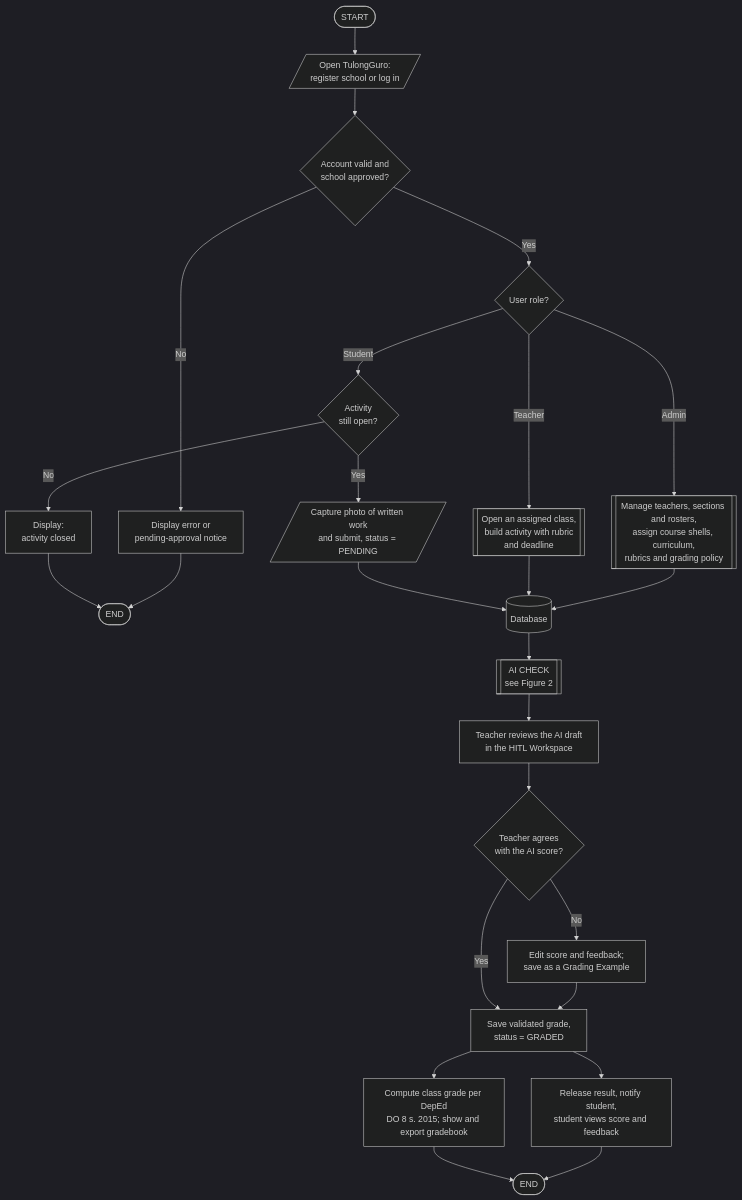
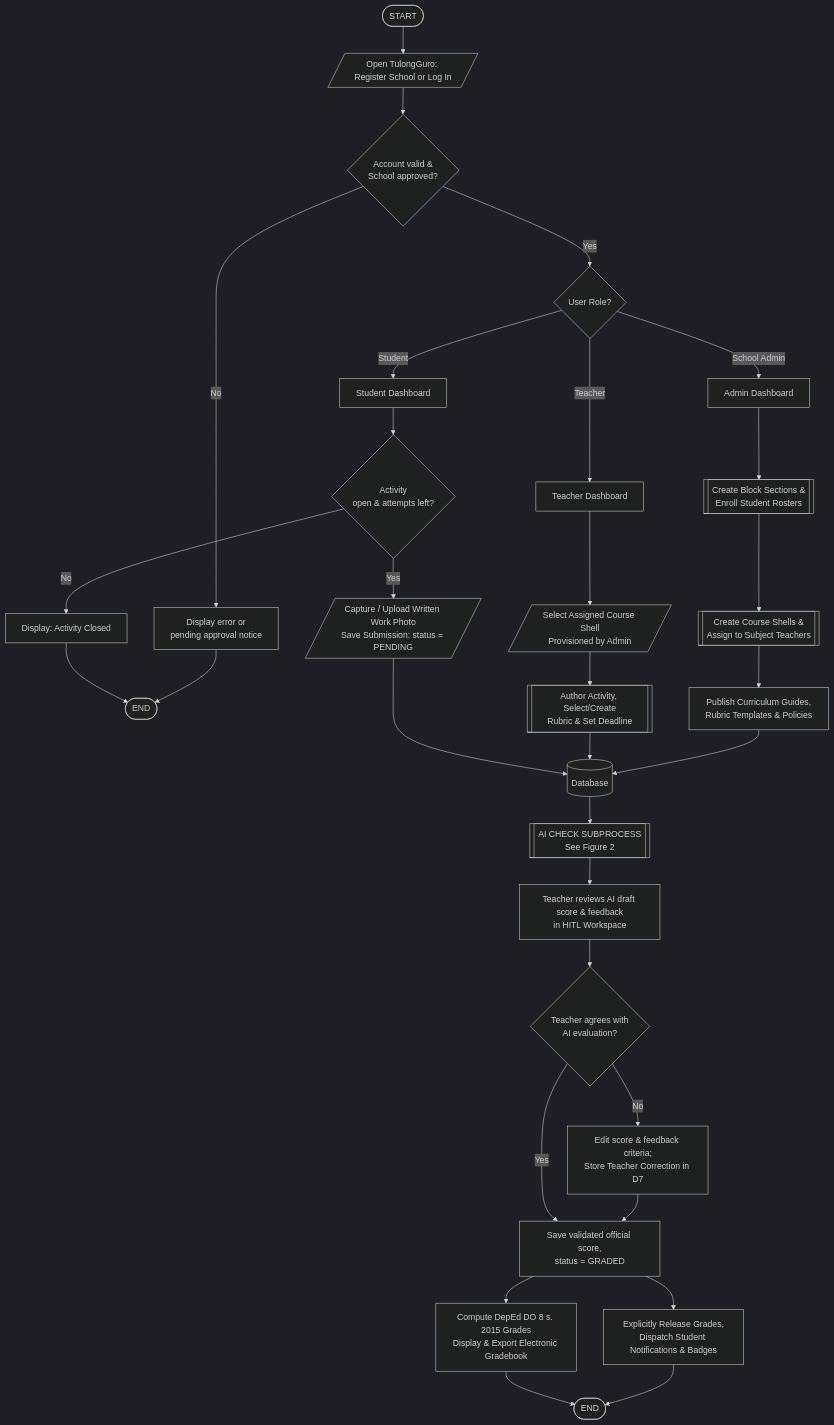
One commit to Damudachi/TulongGuro changed the first of 2 diagrams in docs/SYSTEM-FLOWCHART-AND-PSEUDOCODE.md. Above: the diagram before and after it, drawn with Mermaid (dark theme). The commit also changed other lines of this file and 1 other file, not shown here.

Commit message:
updated DFD, flowchart & pseudocode

````diff
--- a/docs/SYSTEM-FLOWCHART-AND-PSEUDOCODE.md
+++ b/docs/SYSTEM-FLOWCHART-AND-PSEUDOCODE.md
@@ -9,27 +11,41 @@
 ```mermaid
 flowchart TD
-    S([START]) --> O[/Open TulongGuro:<br/>register school or log in/]
-    O --> V{Account valid and<br/>school approved?}
-    V -- No --> X[Display error or<br/>pending-approval notice]
+    S([START]) --> O[/Open TulongGuro: Register School or Log In/]
+    O --> V{Account valid &<br/>School approved?}
+    V -- No --> X[Display error or<br/>pending approval notice]
     X --> E1([END])
-    V -- Yes --> R{User role?}
-    R -- Admin --> AD[[Manage teachers, sections and rosters,<br/>assign course shells, curriculum,<br/>rubrics and grading policy]]
-    R -- Teacher --> TE[[Open an assigned class,<br/>build activity with rubric<br/>and deadline]]
-    R -- Student --> SO{Activity<br/>still open?}
-    SO -- No --> SC[Display:<br/>activity closed]
+    V -- Yes --> R{User Role?}
+
+    %% ADMIN ROLE FLOW
+    R -- School Admin --> AD1[Admin Dashboard]
+    AD1 --> AD2[[Create Block Sections &<br/>Enroll Student Rosters]]
+    AD2 --> AD3[[Create Course Shells &<br/>Assign to Subject Teachers]]
+    AD3 --> AD4[Publish Curriculum Guides,<br/>Rubric Templates & Policies]
+    AD4 --> DB[(Database)]
+
+    %% TEACHER ROLE FLOW
+    R -- Teacher --> TE1[Teacher Dashboard]
+    TE1 --> TE2[/Select Assigned Course Shell<br/>Provisioned by Admin/]
+    TE2 --> TE3[[Author Activity, Select/Create<br/>Rubric & Set Deadline]]
+    TE3 --> DB
+
+    %% STUDENT ROLE FLOW
+    R -- Student --> ST1[Student Dashboard]
+    ST1 --> SO{Activity<br/>open & attempts left?}
+    SO -- No --> SC[Display: Activity Closed]
     SC --> E1
-    SO -- Yes --> SU[/Capture photo of written work<br/>and submit, status = PENDING/]
-    AD --> DB[(Database)]
-    TE --> DB
+    SO -- Yes --> SU[/Capture / Upload Written Work Photo<br/>Save Submission: status = PENDING/]
     SU --> DB
-    DB --> AI[[AI CHECK<br/>see Figure 2]]
-    AI --> HR[Teacher reviews the AI draft<br/>in the HITL Workspace]
-    HR --> AG{Teacher agrees<br/>with the AI score?}
-    AG -- No --> ED[Edit score and feedback;<br/>save as a Grading Example]
+
+    %% GRADING & HUMAN-IN-THE-LOOP PIPELINE
+    DB --> AI[[AI CHECK SUBPROCESS<br/>See Figure 2]]
+    AI --> HR[Teacher reviews AI draft score & feedback<br/>in HITL Workspace]
+    HR --> AG{Teacher agrees with<br/>AI evaluation?}
+    AG -- No --> ED[Edit score & feedback criteria;<br/>Store Teacher Correction in D7]
     ED --> VG
-    AG -- Yes --> VG[Save validated grade,<br/>status = GRADED]
-    VG --> RL[Release result, notify student,<br/>student views score and feedback]
-    VG --> CG[Compute class grade per DepEd<br/>DO 8 s. 2015; show and export gradebook]
+    AG -- Yes --> VG[Save validated official score,<br/>status = GRADED]
+    VG --> RL[Explicitly Release Grades,<br/>Dispatch Student Notifications & Badges]
+    VG --> CG[Compute DepEd DO 8 s. 2015 Grades<br/>Display & Export Electronic Gradebook]
     RL --> E2([END])
     CG --> E2
 ```
````
